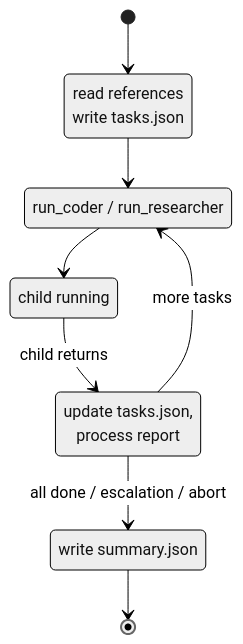
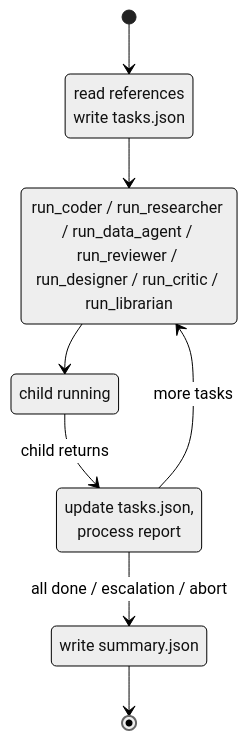
The diagram in docs/internals/agents/manager.md (salva/saivage), drawn with Mermaid (neutral theme) before and after one commit. The commit also changed other lines of this file, not shown here.

````diff
--- a/docs/internals/agents/manager.md
+++ b/docs/internals/agents/manager.md
@@ -21,15 +22,15 @@
 ```mermaid
 stateDiagram-v2
     [*] --> Planning
     Planning: read references<br/>write tasks.json
     Planning --> Dispatching
-    Dispatching: run_coder / run_researcher
+    Dispatching: run_coder / run_researcher / run_data_agent / run_reviewer / run_designer / run_critic / run_librarian
     Dispatching --> Suspended
     Suspended: child running
     Suspended --> Evaluating: child returns
     Evaluating: update tasks.json,<br/>process report
     Evaluating --> Dispatching: more tasks
     Evaluating --> Wrap: all done / escalation / abort
     Wrap: write summary.json
     Wrap --> [*]
 ```
````
